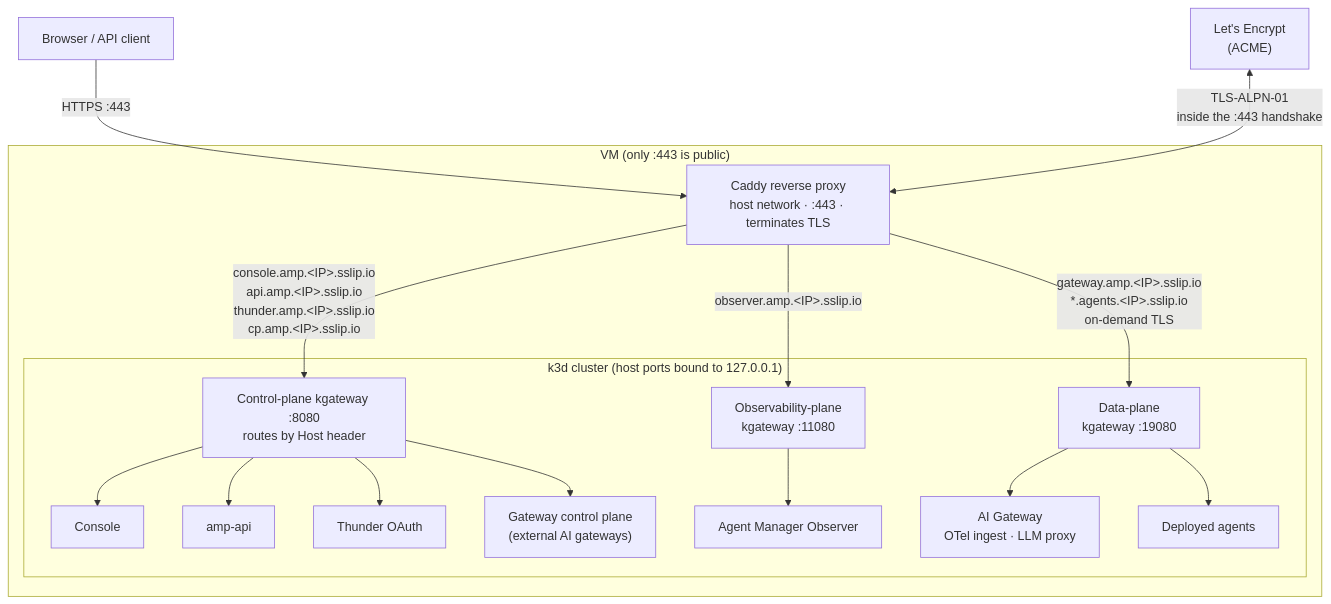
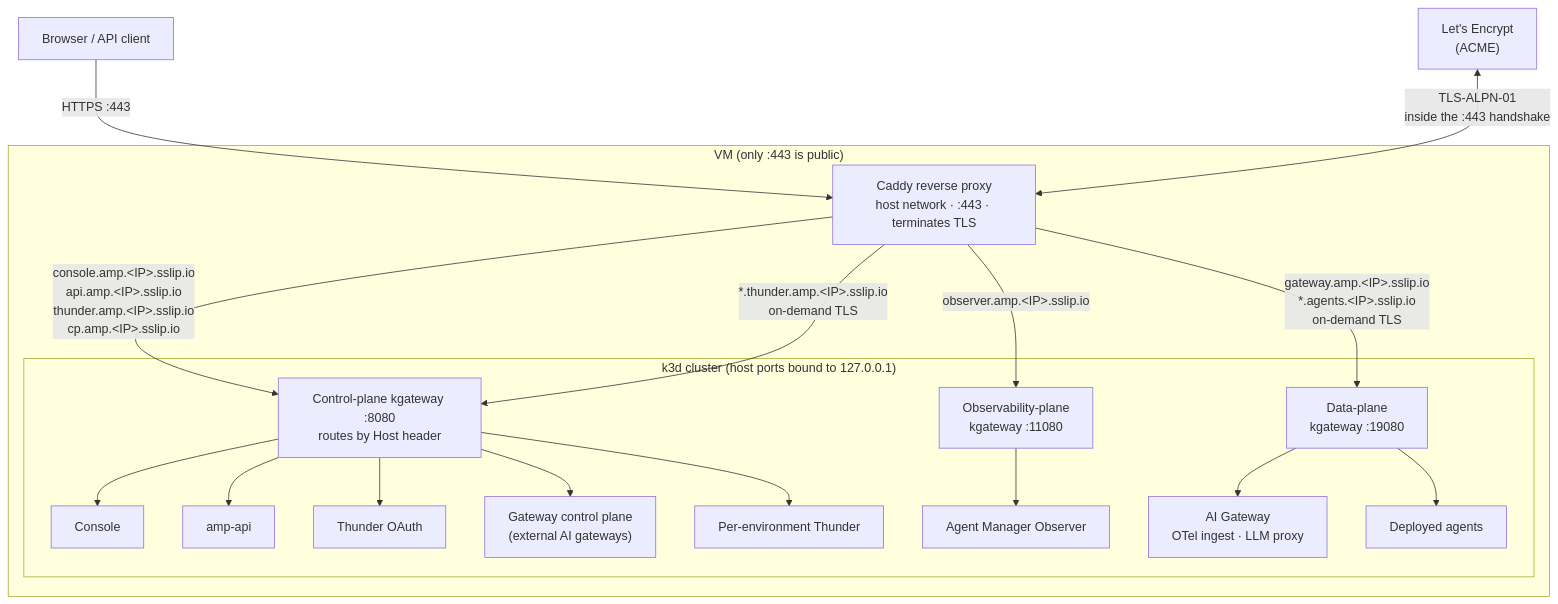
The first of 3 diagrams in docs/getting-started/on-a-vm.mdx (IsuruVithanage/docs-agent-platform), drawn with Mermaid before and after one commit. The commit also changed other lines of this file, not shown here.

````diff
--- a/docs/getting-started/on-a-vm.mdx
+++ b/docs/getting-started/on-a-vm.mdx
@@ -97,36 +97,39 @@
 ```mermaid
 flowchart TB
     browser["Browser / API client"]
     le["Let's Encrypt<br/>(ACME)"]
 
     subgraph vm["VM (only :443 is public)"]
         caddy["Caddy reverse proxy<br/>host network · :443 · terminates TLS"]
 
         subgraph k3d["k3d cluster (host ports bound to 127.0.0.1)"]
             cpgw["Control-plane kgateway :8080<br/>routes by Host header"]
             opgw["Observability-plane<br/>kgateway :11080"]
             dpgw["Data-plane<br/>kgateway :19080"]
 
             console["Console"]
             api["amp-api"]
             thunder["Thunder OAuth"]
             cp["Gateway control plane<br/>(external AI gateways)"]
+            envthunder["Per-environment Thunder"]
             observer["Agent Manager Observer"]
             gw["AI Gateway<br/>OTel ingest · LLM proxy"]
             agents["Deployed agents"]
         end
     end
 
     browser -->|"HTTPS :443"| caddy
     le <-->|"TLS-ALPN-01<br/>inside the :443 handshake"| caddy
     caddy -->|"console.amp.&lt;IP&gt;.sslip.io<br/>api.amp.&lt;IP&gt;.sslip.io<br/>thunder.amp.&lt;IP&gt;.sslip.io<br/>cp.amp.&lt;IP&gt;.sslip.io"| cpgw
+    caddy -->|"*.thunder.amp.&lt;IP&gt;.sslip.io<br/>on-demand TLS"| cpgw
     caddy -->|"observer.amp.&lt;IP&gt;.sslip.io"| opgw
     caddy -->|"gateway.amp.&lt;IP&gt;.sslip.io<br/>*.agents.&lt;IP&gt;.sslip.io<br/>on-demand TLS"| dpgw
     cpgw --> console
     cpgw --> api
     cpgw --> thunder
     cpgw --> cp
+    cpgw --> envthunder
     opgw --> observer
     dpgw --> gw
     dpgw --> agents
 ```
````
